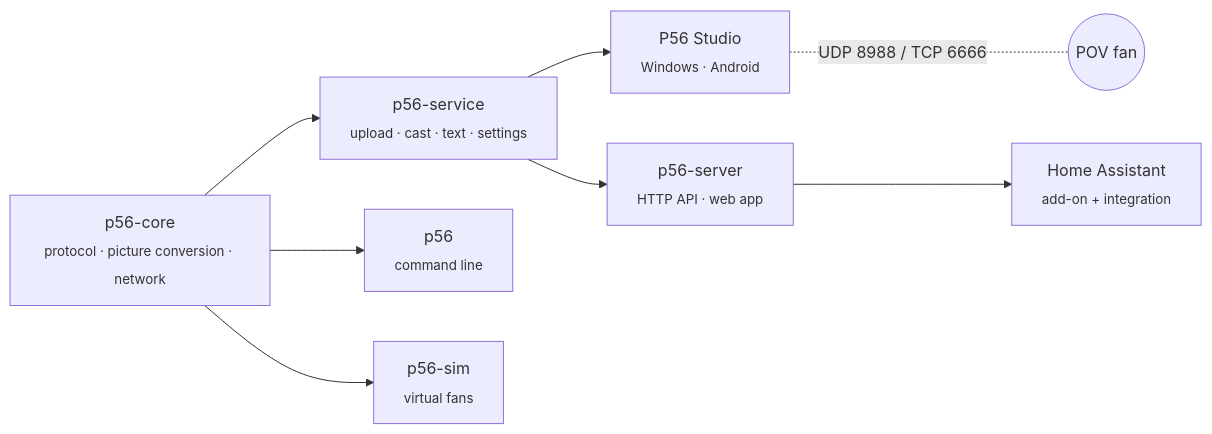
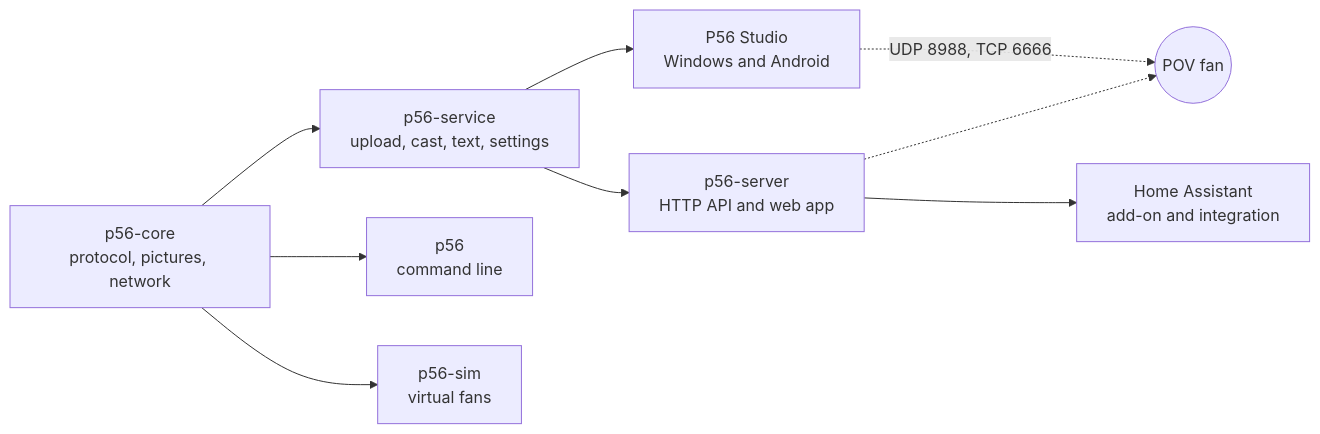
One commit to trackerr/p56-studio changed the diagram in README.md. Above: the diagram before and after it, drawn with Mermaid. The commit also changed 1 other file, not shown here.

Commit message:
README: eenvoudiger Mermaid-diagram; gebundelde UI telt niet mee in de taalstatistiek

````diff
--- a/README.md
+++ b/README.md
@@ -176,18 +176,20 @@
 ```mermaid
 flowchart LR
-    core["p56-core<br/><sub>protocol · picture conversion · network</sub>"]
-    service["p56-service<br/><sub>upload · cast · text · settings</sub>"]
-    app["P56 Studio<br/><sub>Windows · Android</sub>"]
-    server["p56-server<br/><sub>HTTP API · web app</sub>"]
-    ha["Home Assistant<br/><sub>add-on + integration</sub>"]
-    cli["p56<br/><sub>command line</sub>"]
-    sim["p56-sim<br/><sub>virtual fans</sub>"]
+    core["p56-core<br/>protocol, pictures, network"]
+    service["p56-service<br/>upload, cast, text, settings"]
+    app["P56 Studio<br/>Windows and Android"]
+    server["p56-server<br/>HTTP API and web app"]
+    ha["Home Assistant<br/>add-on and integration"]
+    cli["p56<br/>command line"]
+    sim["p56-sim<br/>virtual fans"]
     fan(("POV fan"))
 
     core --> service
     service --> app
-    service --> server --> ha
+    service --> server
+    server --> ha
     core --> cli
     core --> sim
-    app -. "UDP 8988 / TCP 6666" .- fan
+    app -.->|"UDP 8988, TCP 6666"| fan
+    server -.-> fan
 ```
````
